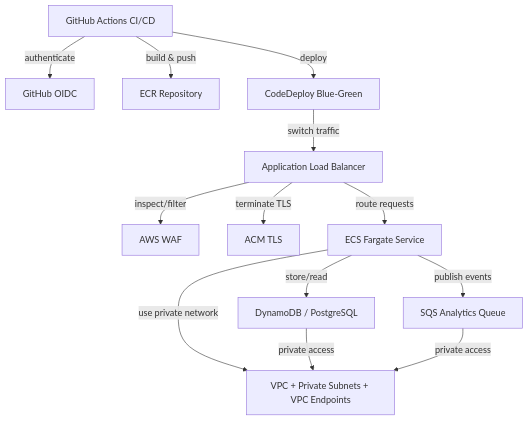
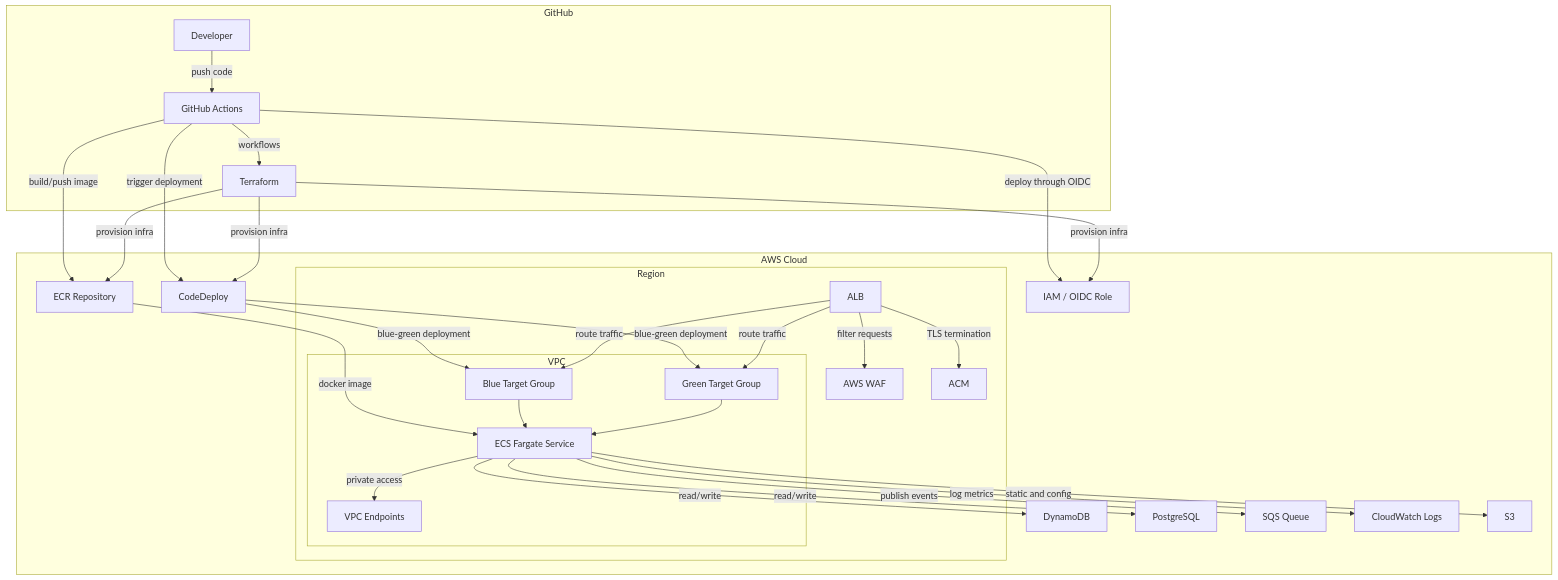
Before and after one commit to abdirahman1mohamed2006/Blue-Green-Deployment-ECS: the diagram in README.md, drawn with Mermaid.

Commit message:
Enhance architecture diagram in README
Updated architecture diagram to include AWS Cloud components and developer interactions.

````diff
--- a/README.md
+++ b/README.md
@@ -22,27 +23,54 @@
 ```mermaid
 flowchart TB
-    GH[GitHub Actions CI/CD]
-    OIDC[GitHub OIDC]
-    ECR[ECR Repository]
-    CD[CodeDeploy Blue-Green]
-    ALB[Application Load Balancer]
-    WAF[AWS WAF]
-    ACM[ACM TLS]
-    ECS[ECS Fargate Service]
-    VPC[VPC + Private Subnets + VPC Endpoints]
-    DB[DynamoDB / PostgreSQL]
-    SQS[SQS Analytics Queue]
+    subgraph GitHub
+        Dev[Developer]
+        GH[GitHub Actions]
+        TF[Terraform]
+    end
 
-    GH -->|build & push| ECR
-    GH -->|deploy| CD
-    GH -->|authenticate| OIDC
-    CD -->|switch traffic| ALB
-    ALB -->|inspect/filter| WAF
-    ALB -->|terminate TLS| ACM
-    ALB -->|route requests| ECS
-    ECS -->|store/read| DB
+    subgraph AWS_Cloud[AWS Cloud]
+        subgraph Region[Region]
+            ALB[ALB]
+            WAF[AWS WAF]
+            ACM[ACM]
+            subgraph VPC[VPC]
+                TG_Blue[Blue Target Group]
+                TG_Green[Green Target Group]
+                ECS[ECS Fargate Service]
+                Endpoints[VPC Endpoints]
+            end
+        end
+        ECR[ECR Repository]
+        CodeDeploy[CodeDeploy]
+        IAM[IAM / OIDC Role]
+        Dynamo[DynamoDB]
+        Postgres[PostgreSQL]
+        SQS[SQS Queue]
+        CloudWatch[CloudWatch Logs]
+        S3[S3]
+    end
+
+    Dev -->|push code| GH
+    GH -->|workflows| TF
+    GH -->|build/push image| ECR
+    GH -->|deploy through OIDC| IAM
+    GH -->|trigger deployment| CodeDeploy
+    TF -->|provision infra| IAM
+    TF -->|provision infra| ECR
+    TF -->|provision infra| CodeDeploy
+    ECR -->|docker image| ECS
+    CodeDeploy -->|blue-green deployment| TG_Blue
+    CodeDeploy -->|blue-green deployment| TG_Green
+    ALB -->|route traffic| TG_Blue
+    ALB -->|route traffic| TG_Green
+    ALB -->|filter requests| WAF
+    ALB -->|TLS termination| ACM
+    TG_Blue --> ECS
+    TG_Green --> ECS
+    ECS -->|private access| Endpoints
+    ECS -->|read/write| Dynamo
+    ECS -->|read/write| Postgres
     ECS -->|publish events| SQS
-    ECS -->|use private network| VPC
-    DB -->|private access| VPC
-    SQS -->|private access| VPC
+    ECS -->|log metrics| CloudWatch
+    ECS -->|static and config| S3
 ```
````
